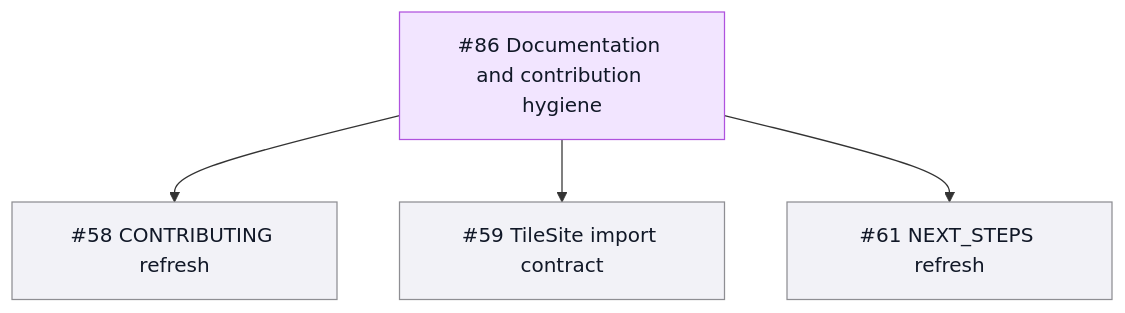
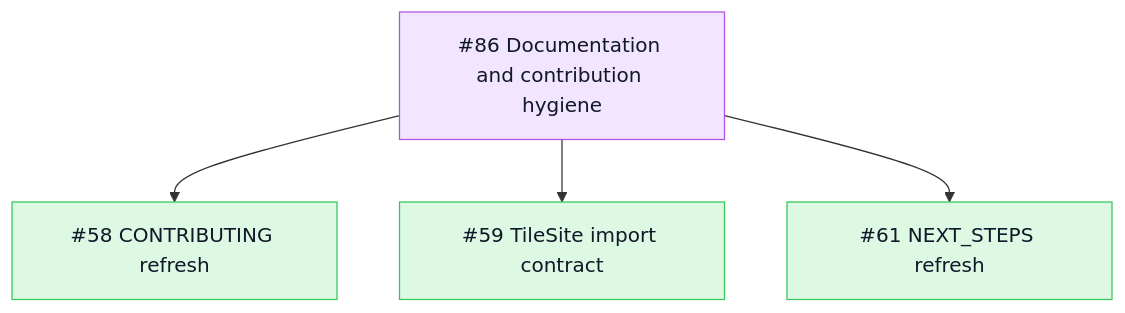
Before and after one commit to TileDown/tile-down: the ninth of 9 diagrams in README.md, drawn with Mermaid. The commit also changed other lines of this file, not shown here.

First line of the commit message:
docs(readme): mark closed roadmap epics done

````diff
--- a/README.md
+++ b/README.md
@@ -189,10 +188,11 @@
 ```mermaid
 flowchart TD
   Epic["#86 Documentation and contribution hygiene"]:::epic
-  Epic --> Contributing["#58 CONTRIBUTING refresh"]:::todo
-  Epic --> Imports["#59 TileSite import contract"]:::todo
-  Epic --> NextSteps["#61 NEXT_STEPS refresh"]:::todo
+  Epic --> Contributing["#58 CONTRIBUTING refresh"]:::done
+  Epic --> Imports["#59 TileSite import contract"]:::done
+  Epic --> NextSteps["#61 NEXT_STEPS refresh"]:::done
 
+  classDef done fill:#ddf9e4,stroke:#34c759,color:#111827
   classDef epic fill:#f2e5ff,stroke:#af52de,color:#111827
   classDef todo fill:#f2f2f7,stroke:#8e8e93,color:#111827
 ```
````
